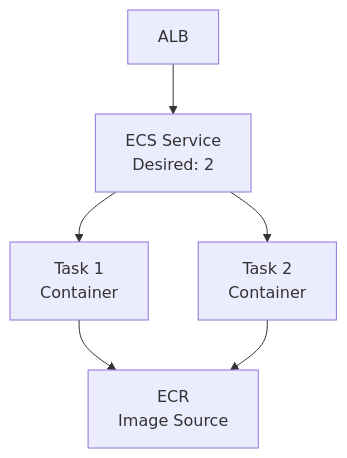
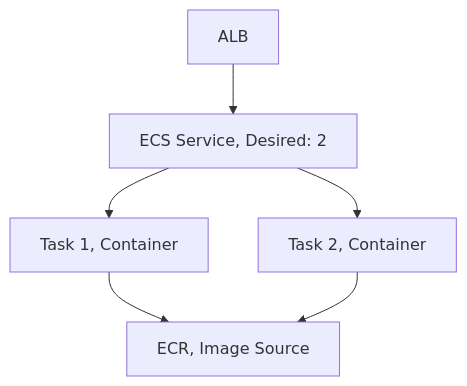
Before and after one commit to DeeptiShuklaProject/Uday_AWS: the fourth of 4 diagrams in Chapter_16_Amazon_ECS.md, drawn with Mermaid. The commit also changed 34 other files, not shown here.

Commit message:
Fix mermaid diagrams syntax across all chapters (quote labels and remove HTML)

````diff
--- a/Chapter_16_Amazon_ECS.md
+++ b/Chapter_16_Amazon_ECS.md
@@ -728,7 +728,7 @@
 ```mermaid
 flowchart TD
-    ALB[ALB] --> ECS[ECS Service<br>Desired: 2]
-    ECS --> Task1[Task 1<br>Container]
-    ECS --> Task2[Task 2<br>Container]
-    Task1 & Task2 --> ECR[ECR<br>Image Source]
+    ALB[ALB] --> ECS["ECS Service, Desired: 2"]
+    ECS --> Task1["Task 1, Container"]
+    ECS --> Task2["Task 2, Container"]
+    Task1 & Task2 --> ECR["ECR, Image Source"]
 ```
````
